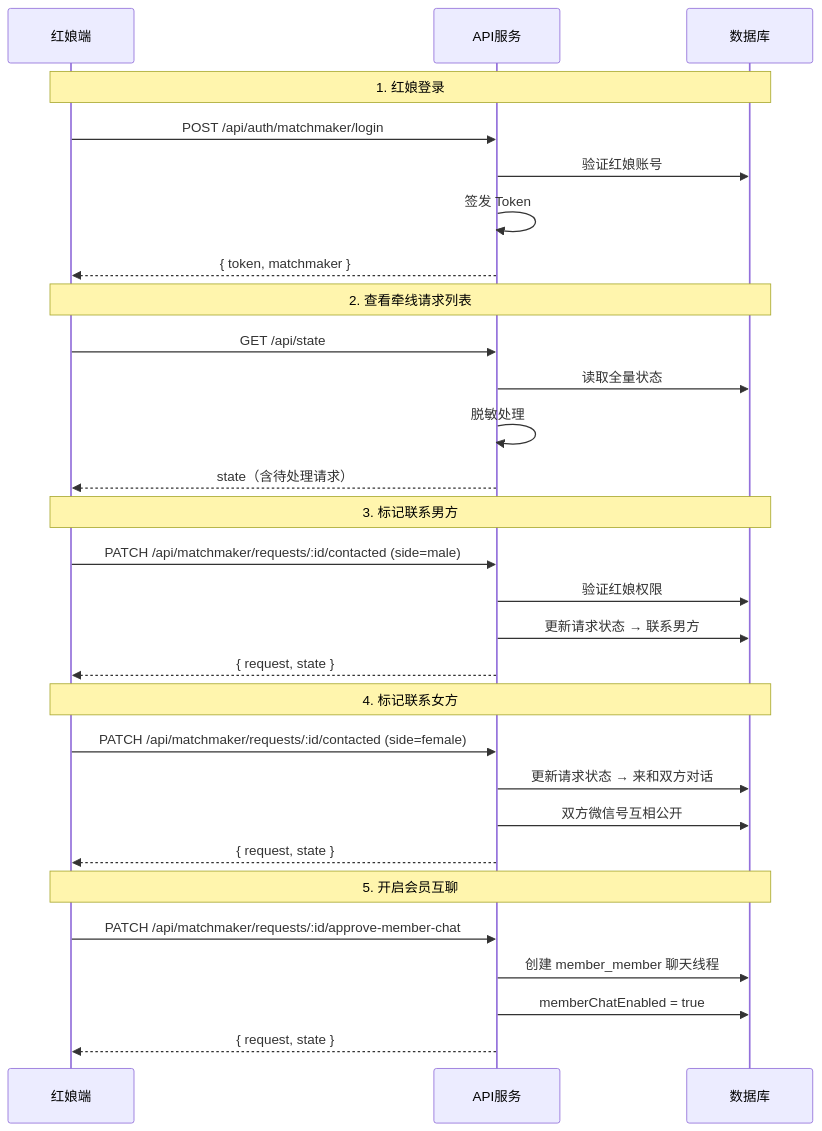
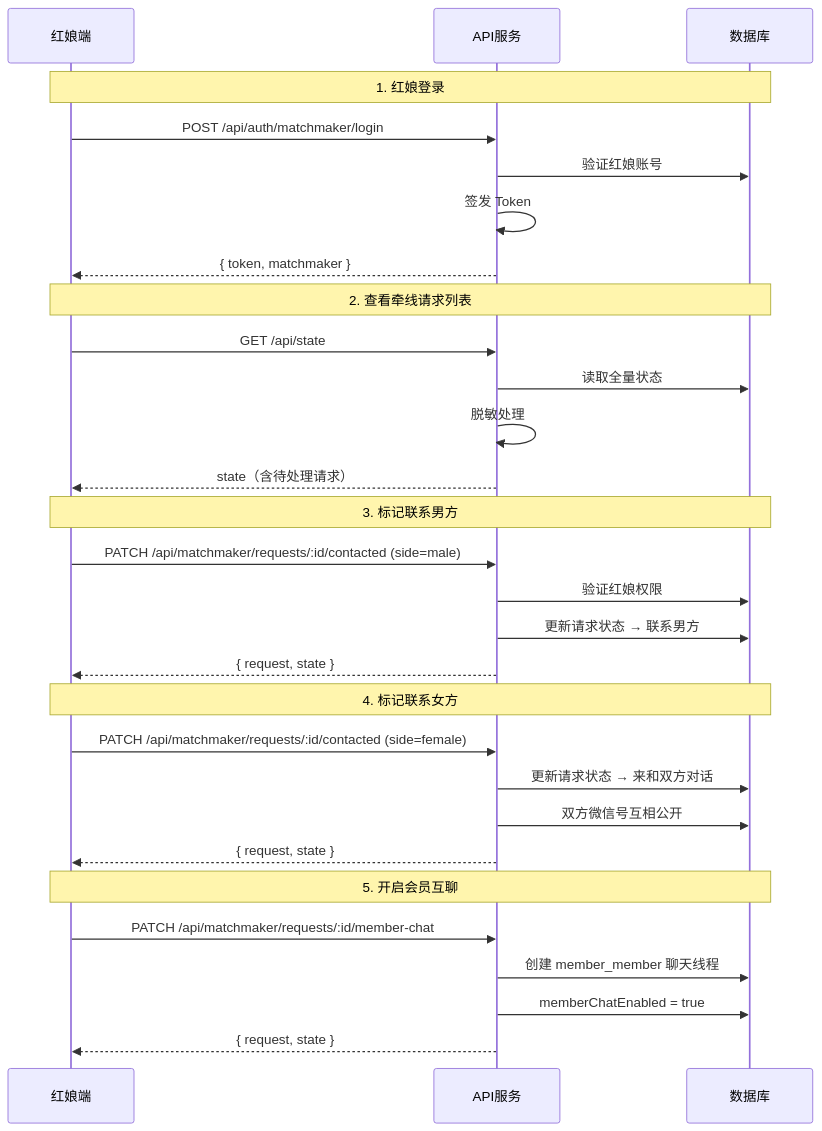
Before and after one commit to pixian5/mediapeople: the second of 4 diagrams in 说明/05-API接口文档.md, drawn with Mermaid. The commit also changed other lines of this file and 15 other files, not shown here.

````diff
--- a/说明/05-API接口文档.md
+++ b/说明/05-API接口文档.md
@@ -874,36 +881,36 @@
 ```mermaid
 sequenceDiagram
     participant MM as 红娘端
     participant API as API服务
     participant DB as 数据库
 
     Note over MM,DB: 1. 红娘登录
     MM->>API: POST /api/auth/matchmaker/login
     API->>DB: 验证红娘账号
     API->>API: 签发 Token
     API-->>MM: { token, matchmaker }
 
     Note over MM,DB: 2. 查看牵线请求列表
     MM->>API: GET /api/state
     API->>DB: 读取全量状态
     API->>API: 脱敏处理
     API-->>MM: state（含待处理请求）
 
     Note over MM,DB: 3. 标记联系男方
     MM->>API: PATCH /api/matchmaker/requests/:id/contacted (side=male)
     API->>DB: 验证红娘权限
     API->>DB: 更新请求状态 → 联系男方
     API-->>MM: { request, state }
 
     Note over MM,DB: 4. 标记联系女方
     MM->>API: PATCH /api/matchmaker/requests/:id/contacted (side=female)
     API->>DB: 更新请求状态 → 来和双方对话
     API->>DB: 双方微信号互相公开
     API-->>MM: { request, state }
 
     Note over MM,DB: 5. 开启会员互聊
-    MM->>API: PATCH /api/matchmaker/requests/:id/approve-member-chat
+    MM->>API: PATCH /api/matchmaker/requests/:id/member-chat
     API->>DB: 创建 member_member 聊天线程
     API->>DB: memberChatEnabled = true
     API-->>MM: { request, state }
 ```
````
